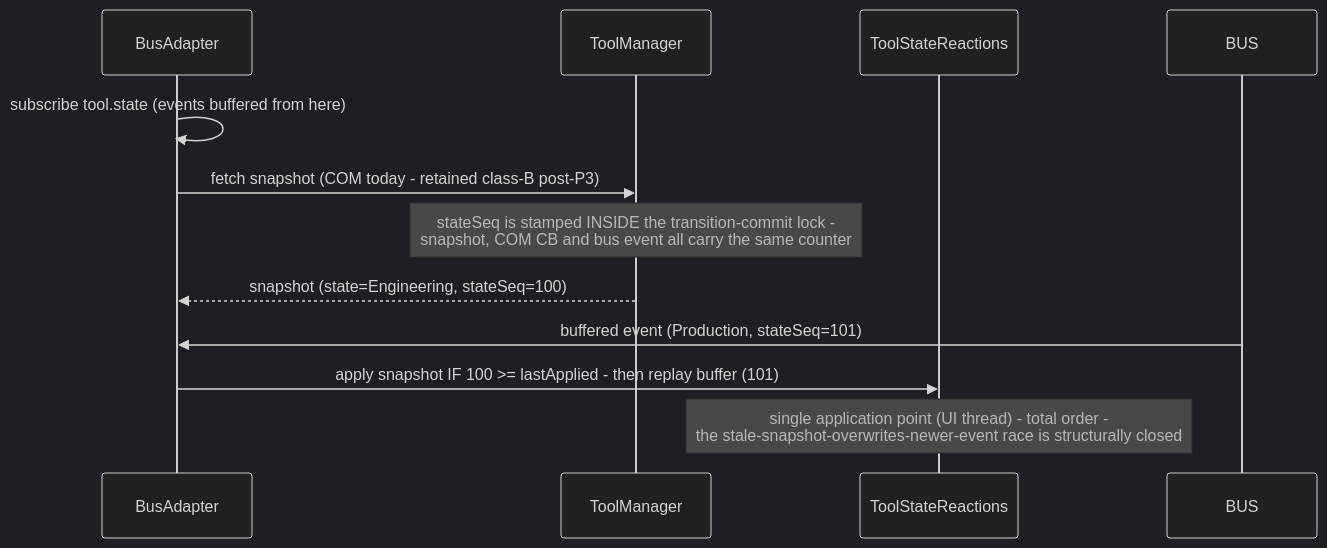
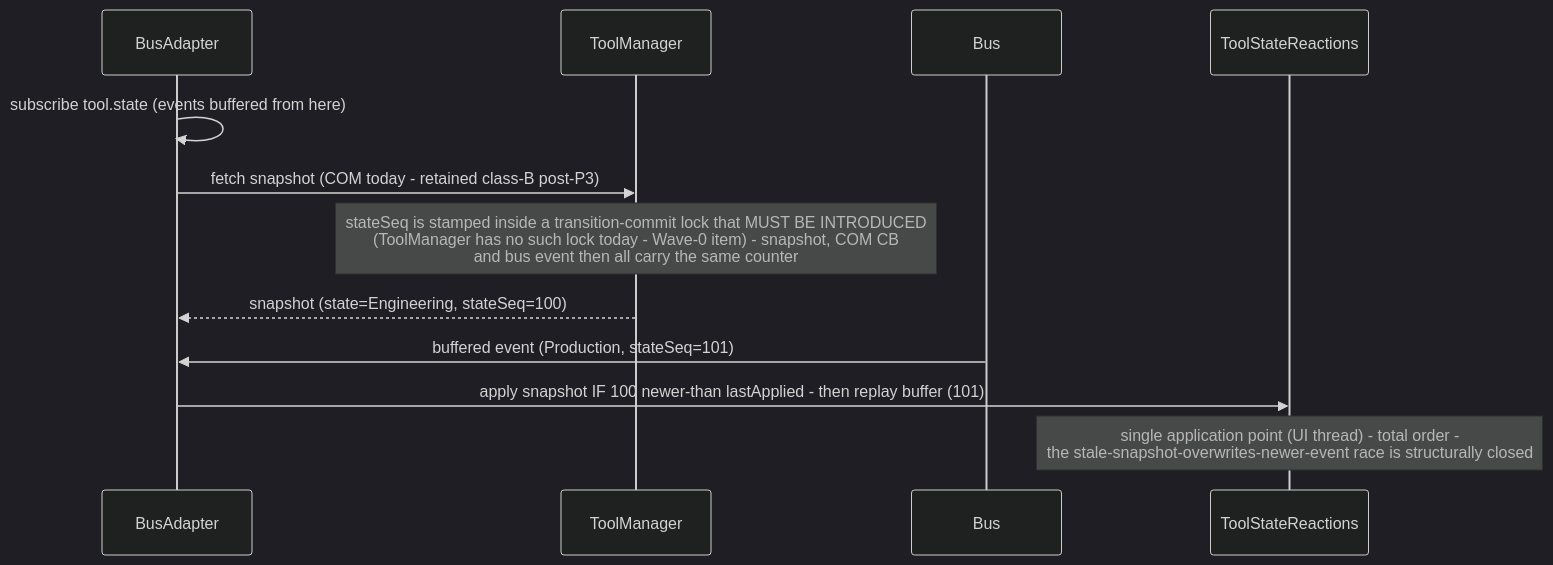
The fourth of 5 diagrams in stage/02-aoi-architecture.md (amitA-camtek/bus_gateway), drawn with Mermaid (dark theme) before and after one commit. The commit also changed other lines of this file and 27 other files, not shown here.

````diff
--- a/stage/02-aoi-architecture.md
+++ b/stage/02-aoi-architecture.md
@@ -164,14 +166,15 @@
 ```mermaid
 sequenceDiagram
     participant BA as BusAdapter
     participant TM as ToolManager
+    participant BUS as Bus
     participant R as ToolStateReactions
 
     BA->>BA: subscribe tool.state (events buffered from here)
     BA->>TM: fetch snapshot (COM today - retained class-B post-P3)
-    Note over TM: stateSeq is stamped INSIDE the transition-commit lock -<br/>snapshot, COM CB and bus event all carry the same counter
+    Note over TM: stateSeq is stamped inside a transition-commit lock that MUST BE INTRODUCED<br/>(ToolManager has no such lock today - Wave-0 item) - snapshot, COM CB<br/>and bus event then all carry the same counter
     TM-->>BA: snapshot (state=Engineering, stateSeq=100)
     BUS->>BA: buffered event (Production, stateSeq=101)
-    BA->>R: apply snapshot IF 100 >= lastApplied - then replay buffer (101)
+    BA->>R: apply snapshot IF 100 newer-than lastApplied - then replay buffer (101)
     Note over R: single application point (UI thread) - total order -<br/>the stale-snapshot-overwrites-newer-event race is structurally closed
 ```
````
